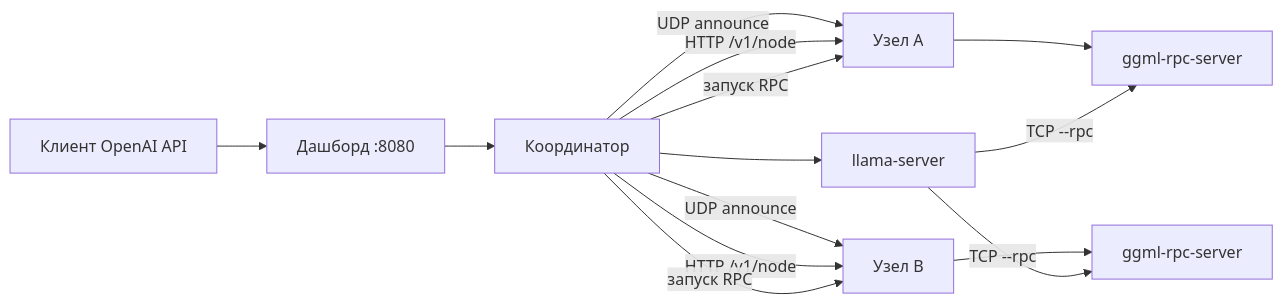
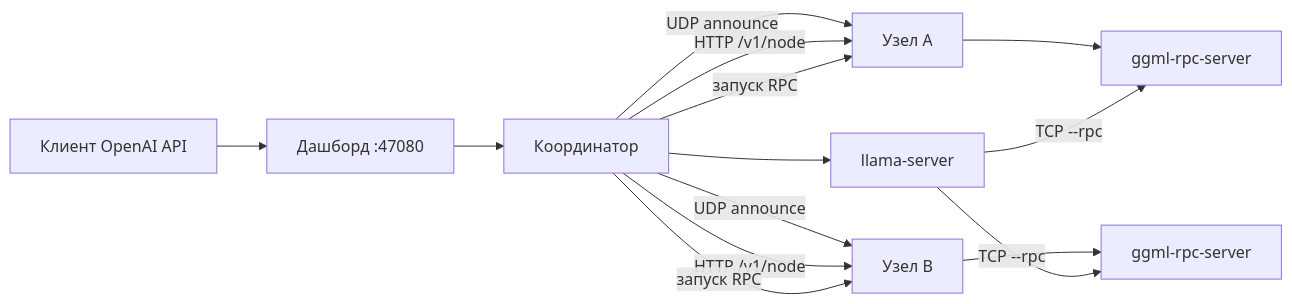
One commit to Scykorr/fast_aggregation changed the diagram in README.md. Above: the diagram before and after it, drawn with Mermaid. The commit also changed other lines of this file and 9 other files, not shown here.

````diff
--- a/README.md
+++ b/README.md
@@ -73,25 +83,25 @@
 ```mermaid
 flowchart LR
   user[Клиент OpenAI API]
-  dash[Дашборд :8080]
+  dash[Дашборд :47080]
   coord[Координатор]
   engine[llama-server]
   nodeA[Узел A]
   nodeB[Узел B]
   rpcA[ggml-rpc-server]
   rpcB[ggml-rpc-server]
 
   user --> dash
   dash --> coord
   coord -->|UDP announce| nodeA
   coord -->|UDP announce| nodeB
   coord -->|HTTP /v1/node| nodeA
   coord -->|HTTP /v1/node| nodeB
   coord -->|запуск RPC| nodeA
   coord -->|запуск RPC| nodeB
   nodeA --> rpcA
   nodeB --> rpcB
   coord --> engine
   engine -->|TCP --rpc| rpcA
   engine -->|TCP --rpc| rpcB
 ```
````
